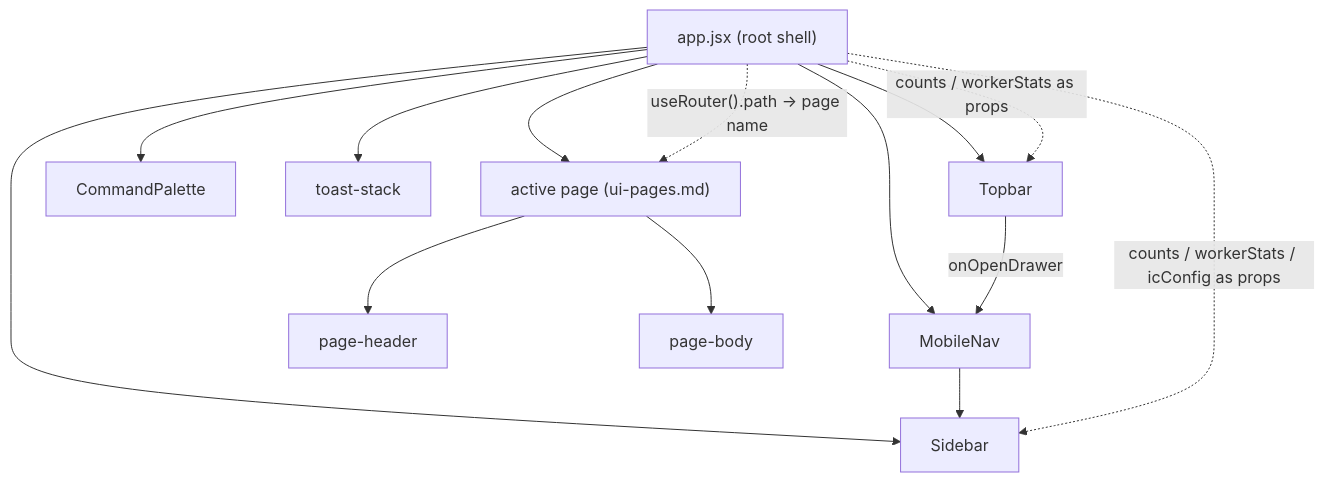
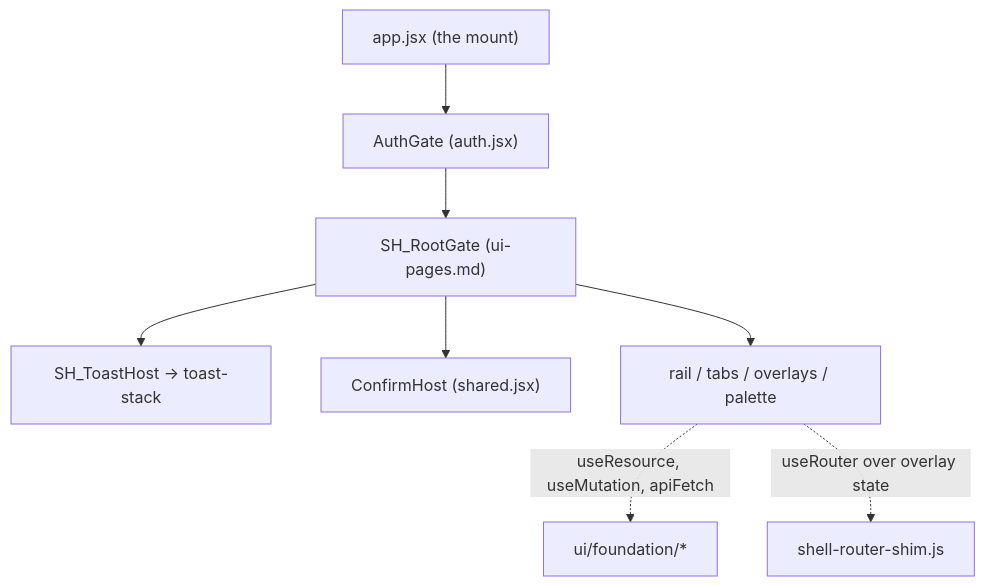
One commit to primerhq/primer changed the first of 2 diagrams in docs/dev/subsystems/ui-foundation.md. Above: the diagram before and after it, drawn with Mermaid. The commit also changed other lines of this file and 7 other files, not shown here.

````diff
--- a/docs/dev/subsystems/ui-foundation.md
+++ b/docs/dev/subsystems/ui-foundation.md
@@ -19,16 +19,10 @@
 ```mermaid
 graph TD
-    App["app.jsx (root shell)"] --> Topbar
-    App --> Sidebar
-    App --> MobileNav
-    App --> CommandPalette
-    App --> ToastStack["toast-stack"]
-    App --> Page["active page (ui-pages.md)"]
-    Topbar -->|onOpenDrawer| MobileNav
-    MobileNav --> Sidebar
-    Page --> PageHeader["page-header"]
-    Page --> PageBody["page-body"]
-    App -. "useRouter().path -> page name" .-> Page
-    App -. "counts / workerStats / icConfig as props" .-> Sidebar
-    App -. "counts / workerStats as props" .-> Topbar
+    App["app.jsx (the mount)"] --> Auth["AuthGate (auth.jsx)"]
+    Auth --> Shell["SH_RootGate (ui-pages.md)"]
+    Shell --> Toasts["SH_ToastHost -> toast-stack"]
+    Shell --> Confirm["ConfirmHost (shared.jsx)"]
+    Shell --> Surfaces["rail / tabs / overlays / palette"]
+    Surfaces -. "useResource, useMutation, apiFetch" .-> Found["ui/foundation/*"]
+    Surfaces -. "useRouter over overlay state" .-> Shim["shell-router-shim.js"]
 ```
````
